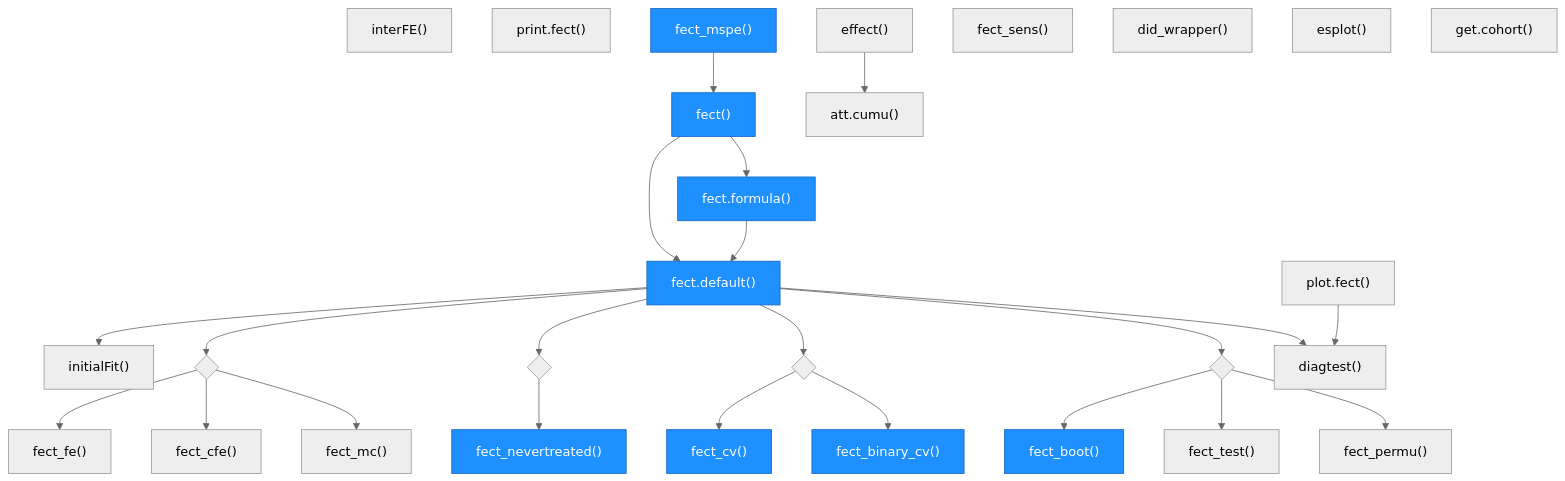
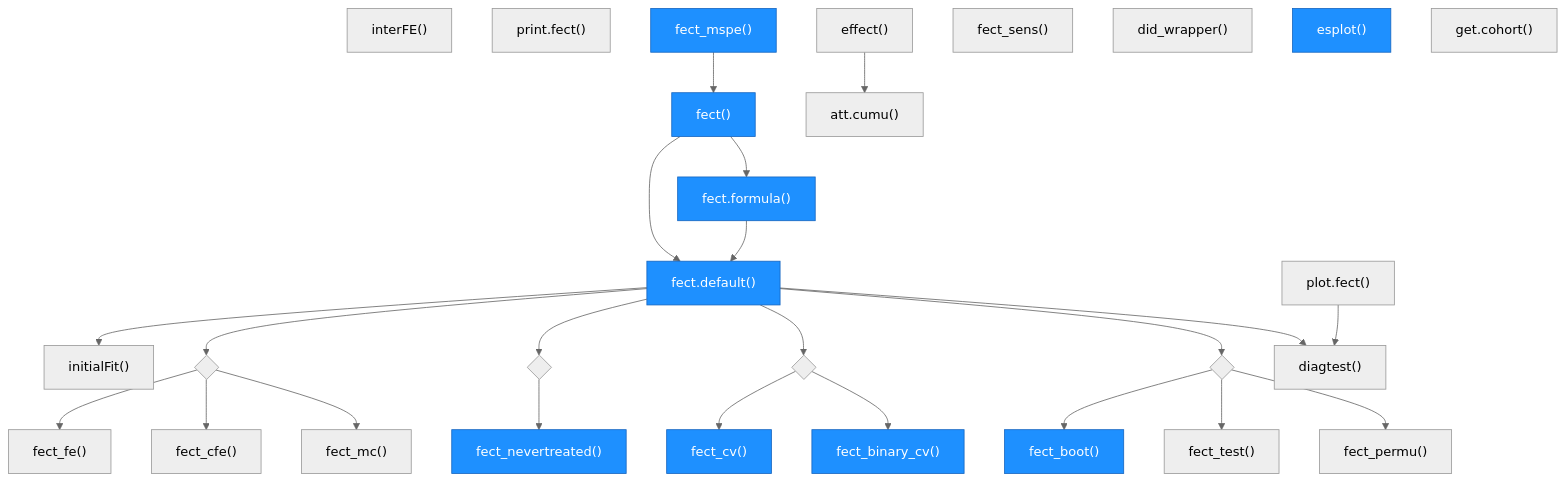
The second of 5 diagrams in architecture.md (xuyiqing/fect), drawn with Mermaid before and after one commit. The commit also changed other lines of this file and 32 other files, not shown here.

````diff
--- a/architecture.md
+++ b/architecture.md
@@ -171,51 +171,52 @@
 ```mermaid
 %%{init: {'theme': 'neutral'}}%%
 graph TD
     fect["fect()"] --> fect_formula["fect.formula()"]
     fect --> fect_default["fect.default()"]
     fect_formula --> fect_default
 
     fect_default --> initialFit["initialFit()"]
 
     fect_default --> R1_route{" "}
     R1_route --> fect_fe["fect_fe()"]
     R1_route --> fect_cfe["fect_cfe()"]
     R1_route --> fect_mc["fect_mc()"]
 
     fect_default --> R2_route{" "}
     R2_route --> fect_nevertreated["fect_nevertreated()"]
 
     fect_default --> R3_route{" "}
     R3_route --> fect_cv["fect_cv()"]
     R3_route --> fect_binary_cv["fect_binary_cv()"]
 
     fect_default --> R4_route{" "}
     R4_route --> fect_boot["fect_boot()"]
     R4_route --> fect_test["fect_test()"]
     R4_route --> fect_permu["fect_permu()"]
 
     fect_default --> diagtest["diagtest()"]
 
     interFE["interFE()"]
     plot_fect["plot.fect()"]
     print_fect["print.fect()"]
     effect_fn["effect()"]
     fect_mspe["fect_mspe()"]
     fect_sens["fect_sens()"]
     did_wrapper["did_wrapper()"]
     esplot_fn["esplot()"]
     get_cohort["get.cohort()"]
 
     plot_fect --> diagtest
     effect_fn --> att_cumu["att.cumu()"]
     fect_mspe --> fect
 
     style fect fill:#1e90ff,stroke:#1565c0,color:#fff
     style fect_formula fill:#1e90ff,stroke:#1565c0,color:#fff
     style fect_default fill:#1e90ff,stroke:#1565c0,color:#fff
     style fect_cv fill:#1e90ff,stroke:#1565c0,color:#fff
     style fect_boot fill:#1e90ff,stroke:#1565c0,color:#fff
     style fect_binary_cv fill:#1e90ff,stroke:#1565c0,color:#fff
     style fect_mspe fill:#1e90ff,stroke:#1565c0,color:#fff
     style fect_nevertreated fill:#1e90ff,stroke:#1565c0,color:#fff
+    style esplot_fn fill:#1e90ff,stroke:#1565c0,color:#fff
 ```
````
